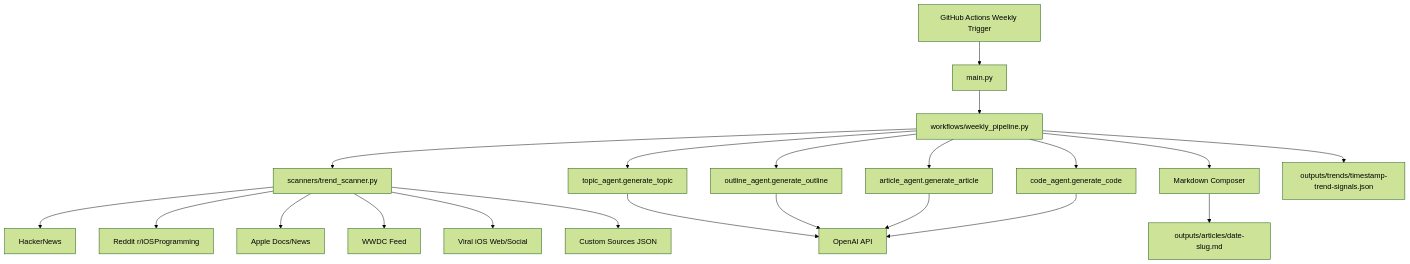
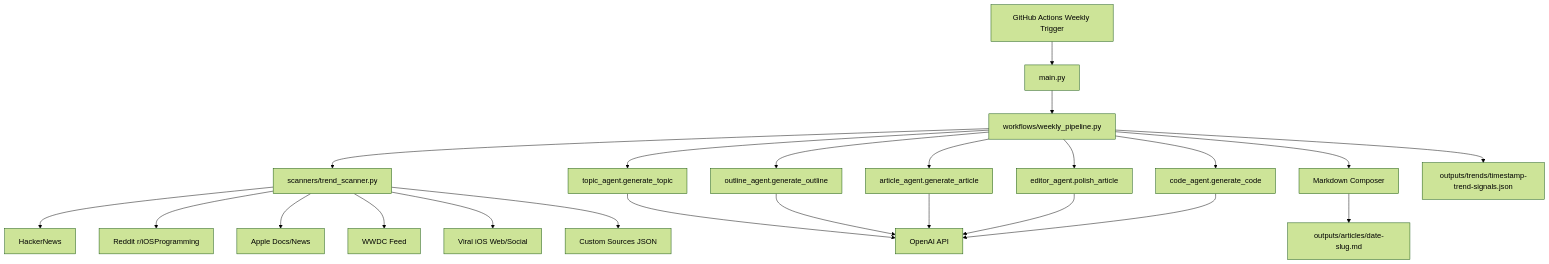
The diagram in README.md (saurabhdave/ios-dev-ai-writer), drawn with Mermaid (forest theme) before and after one commit. The commit also changed other lines of this file and 15 other files, not shown here.

````diff
--- a/README.md
+++ b/README.md
@@ -61,23 +66,25 @@
 ```mermaid
 flowchart TD
     A[GitHub Actions Weekly Trigger] --> B[main.py]
     B --> C[workflows/weekly_pipeline.py]
     C --> S[scanners/trend_scanner.py]
     S --> S1[HackerNews]
     S --> S2[Reddit r/iOSProgramming]
     S --> S3[Apple Docs/News]
     S --> S4[WWDC Feed]
     S --> S5[Viral iOS Web/Social]
     S --> S6[Custom Sources JSON]
     C --> D[topic_agent.generate_topic]
     C --> E[outline_agent.generate_outline]
     C --> F[article_agent.generate_article]
-    C --> G[code_agent.generate_code]
-    D --> H[OpenAI API]
-    E --> H
-    F --> H
-    G --> H
+    C --> G[editor_agent.polish_article]
+    C --> H[code_agent.generate_code]
+    D --> API[OpenAI API]
+    E --> API
+    F --> API
+    G --> API
+    H --> API
     C --> I[Markdown Composer]
     I --> J[outputs/articles/date-slug.md]
     C --> K[outputs/trends/timestamp-trend-signals.json]
 ```
````
